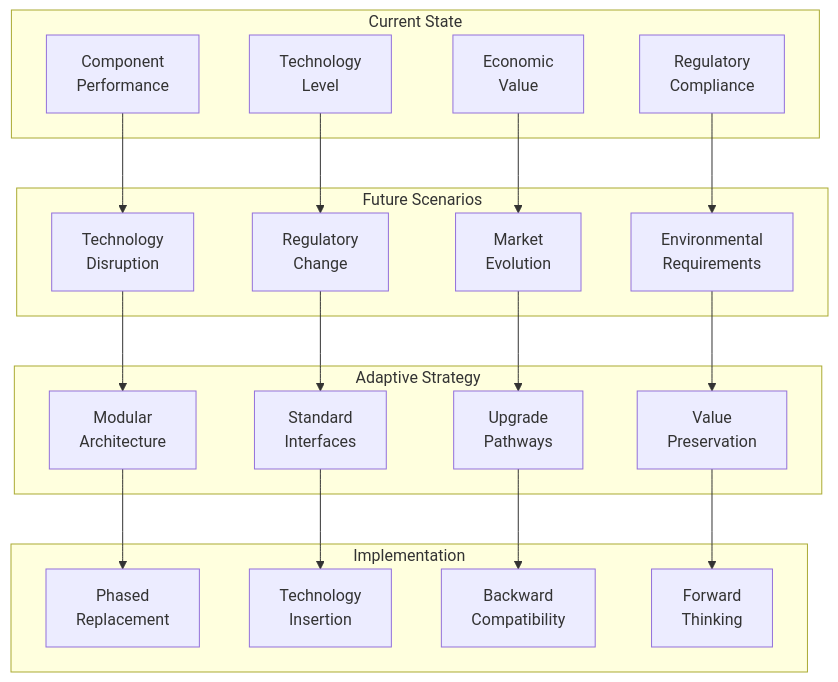
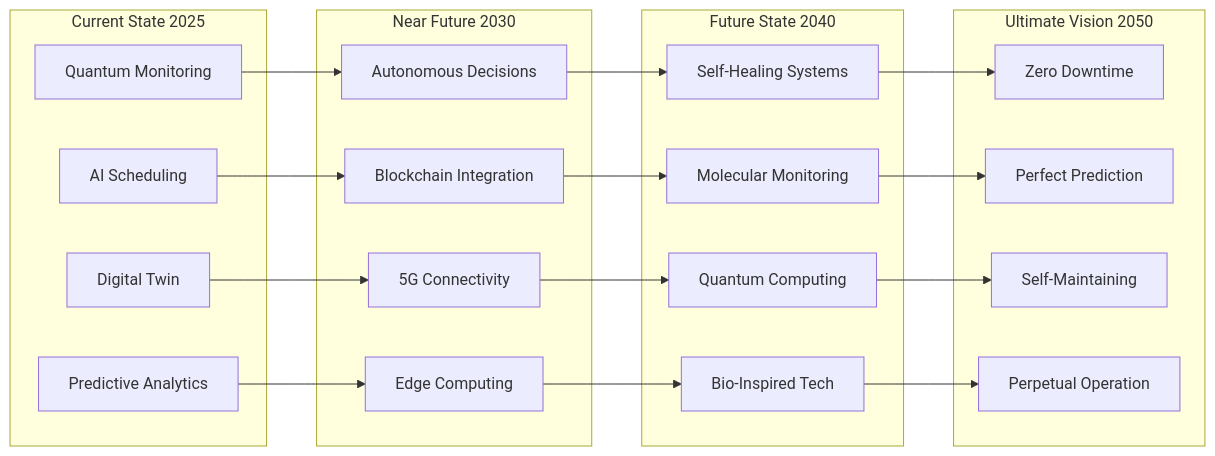
Before and after one commit to Robbbo-T/GAIA-QAO-ADVENT: the seventh of 7 diagrams in Q-AIR/fleet/AMPEL360/BWBQ100/docs/ATA-chapters/ATA-05-TimeLimits/ 05-10-00-00-TimeLimits/05-10-10-00-LifeLimits/05-10-20-00-ServiceLife/ schedules/05-10-20-01-01-OverhaulSchedule.md, drawn with Mermaid. The commit also changed other lines of this file, not shown here.

````diff
--- a/Q-AIR/fleet/AMPEL360/BWBQ100/docs/ATA-chapters/ATA-05-TimeLimits/ 05-10-00-00-TimeLimits/05-10-10-00-LifeLimits/05-10-20-00-ServiceLife/ schedules/05-10-20-01-01-OverhaulSchedule.md
+++ b/Q-AIR/fleet/AMPEL360/BWBQ100/docs/ATA-chapters/ATA-05-TimeLimits/ 05-10-00-00-TimeLimits/05-10-10-00-LifeLimits/05-10-20-00-ServiceLife/ schedules/05-10-20-01-01-OverhaulSchedule.md
@@ -884,35 +922,35 @@
 ```mermaid
-graph TD
-    subgraph "Current State"
-        CS1[Component<br/>Performance]
-        CS2[Technology<br/>Level]
-        CS3[Economic<br/>Value]
-        CS4[Regulatory<br/>Compliance]
+graph LR
+    subgraph "Current State 2025"
+        CS1[Quantum Monitoring]
+        CS2[AI Scheduling]
+        CS3[Digital Twin]
+        CS4[Predictive Analytics]
     end
     
-    subgraph "Future Scenarios"
-        FS1[Technology<br/>Disruption]
-        FS2[Regulatory<br/>Change]
-        FS3[Market<br/>Evolution]
-        FS4[Environmental<br/>Requirements]
+    subgraph "Near Future 2030"
+        NF1[Autonomous Decisions]
+        NF2[Blockchain Integration]
+        NF3[5G Connectivity]
+        NF4[Edge Computing]
     end
     
-    subgraph "Adaptive Strategy"
-        AS1[Modular<br/>Architecture]
-        AS2[Standard<br/>Interfaces]
-        AS3[Upgrade<br/>Pathways]
-        AS4[Value<br/>Preservation]
+    subgraph "Future State 2040"
+        FS1[Self-Healing Systems]
+        FS2[Molecular Monitoring]
+        FS3[Quantum Computing]
+        FS4[Bio-Inspired Tech]
     end
     
-    subgraph "Implementation"
-        IM1[Phased<br/>Replacement]
-        IM2[Technology<br/>Insertion]
-        IM3[Backward<br/>Compatibility]
-        IM4[Forward<br/>Thinking]
+    subgraph "Ultimate Vision 2050"
+        UV1[Zero Downtime]
+        UV2[Perfect Prediction]
+        UV3[Self-Maintaining]
+        UV4[Perpetual Operation]
     end
     
-    CS1 --> FS1 --> AS1 --> IM1
-    CS2 --> FS2 --> AS2 --> IM2
-    CS3 --> FS3 --> AS3 --> IM3
-    CS4 --> FS4 --> AS4 --> IM4
+    CS1 --> NF1 --> FS1 --> UV1
+    CS2 --> NF2 --> FS2 --> UV2
+    CS3 --> NF3 --> FS3 --> UV3
+    CS4 --> NF4 --> FS4 --> UV4
 ```
````
